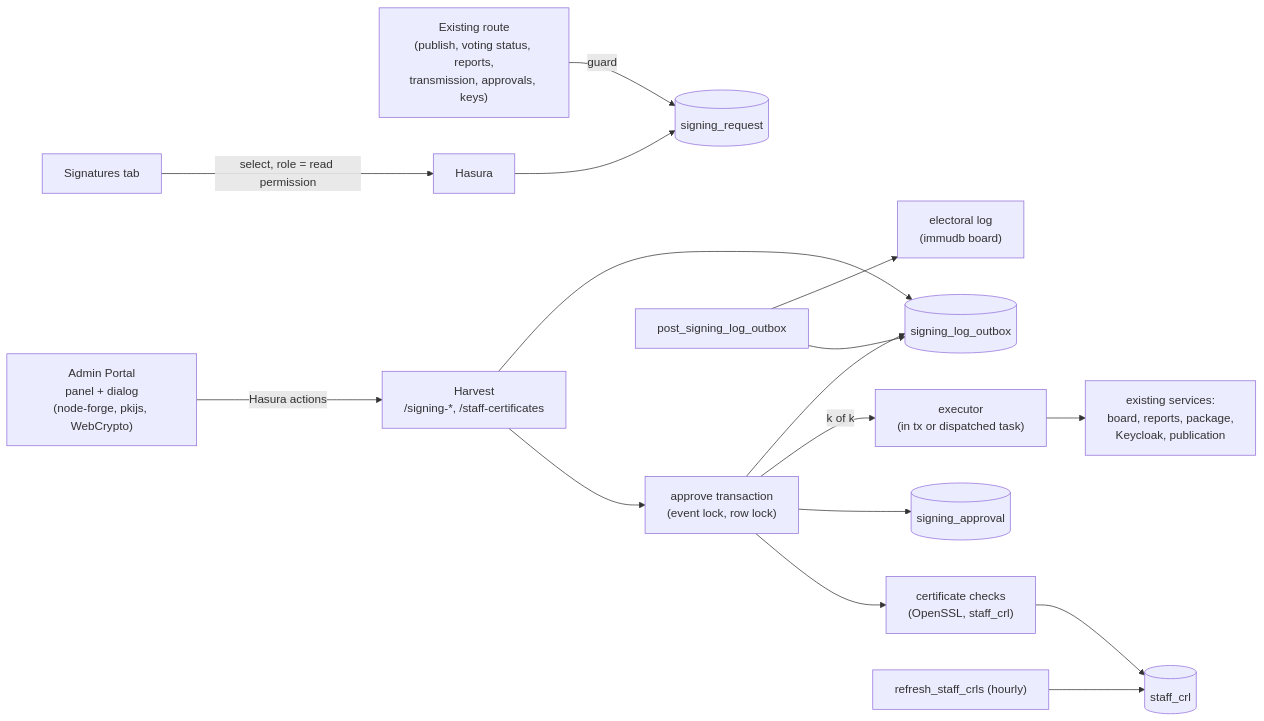
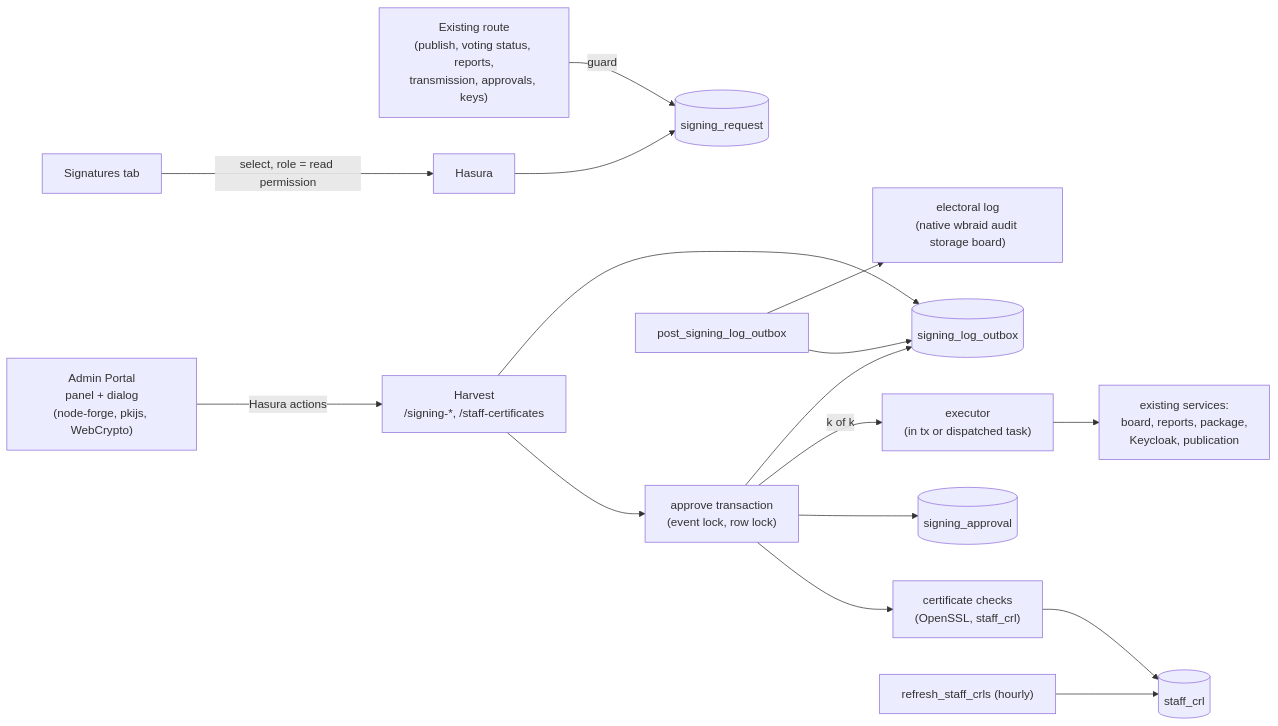
One commit to sequentech/step changed the first of 2 diagrams in docs/docusaurus/docs/07-developers/14-signing/01-signing-architecture.md. Above: the diagram before and after it, drawn with Mermaid. The commit also changed 182 other files, not shown here.

First line of the commit message:
feat: finish native wbraid audit backend retirement

````diff
--- a/docs/docusaurus/docs/07-developers/14-signing/01-signing-architecture.md
+++ b/docs/docusaurus/docs/07-developers/14-signing/01-signing-architecture.md
@@ -36,18 +36,18 @@
 ```mermaid
 flowchart LR
   route["Existing route<br/>(publish, voting status, reports,<br/>transmission, approvals, keys)"] -->|guard| req[("signing_request")]
   portal["Admin Portal<br/>panel + dialog<br/>(node-forge, pkijs, WebCrypto)"] -->|Hasura actions| harvest["Harvest<br/>/signing-*, /staff-certificates"]
   harvest --> approve["approve transaction<br/>(event lock, row lock)"]
   approve --> verify["certificate checks<br/>(OpenSSL, staff_crl)"]
   approve --> appr[("signing_approval")]
   approve -->|k of k| exec["executor<br/>(in tx or dispatched task)"]
   exec --> effects["existing services:<br/>board, reports, package,<br/>Keycloak, publication"]
   approve --> outbox[("signing_log_outbox")]
   harvest --> outbox
   worker["post_signing_log_outbox"] --> outbox
-  worker --> board["electoral log<br/>(immudb board)"]
+  worker --> board["electoral log<br/>(native wbraid audit storage board)"]
   crl["refresh_staff_crls (hourly)"] --> crls[("staff_crl")]
   verify --> crls
   settings["Signatures tab"] -->|select, role = read permission| hasura["Hasura"]
   hasura --> req
 ```
````
